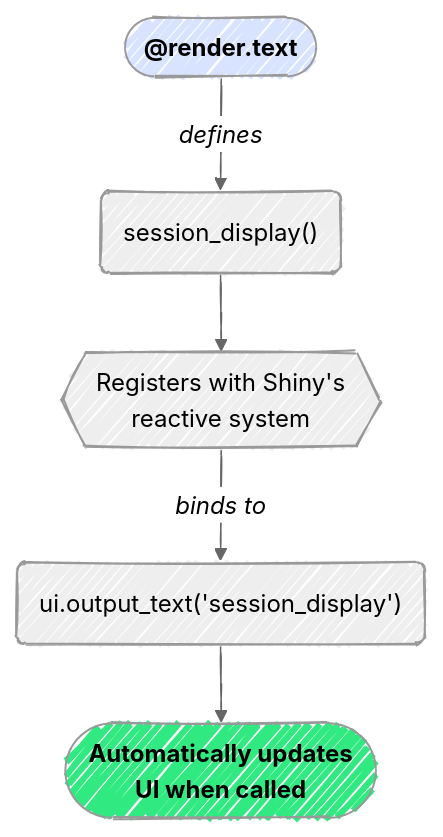
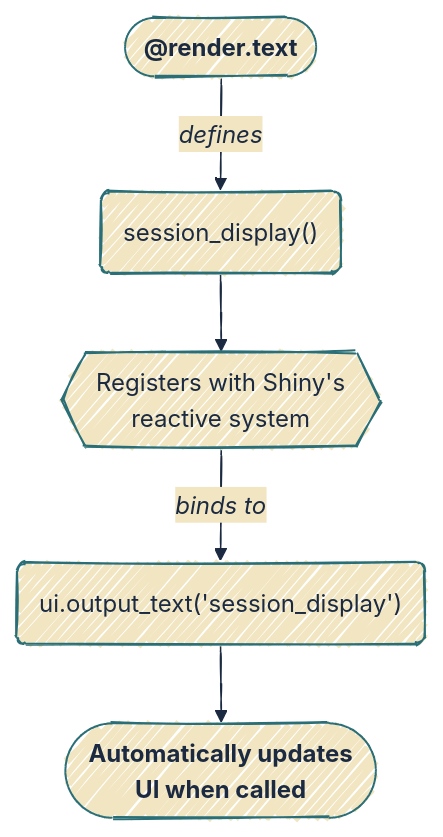
The third of 15 diagrams in app-log-py.qmd (mjfrigaard/do4ds-labs), drawn with Mermaid before and after one commit. The commit also changed other lines of this file and 88 other files, not shown here.

````diff
--- a/app-log-py.qmd
+++ b/app-log-py.qmd
@@ -315,18 +312,16 @@
 ```{mermaid}
 %%| fig-cap: 'Session ID'
 %%| fig-width: 7.0
 %%| fig-align: center
-%%{init: {'theme': 'neutral', 'look': 'handDrawn', 'themeVariables': { 'fontFamily': 'monospace'}}}%%
+%%{init: {'theme': 'base', 'look': 'handDrawn', 'themeVariables': { 'fontFamily': 'monospace', 'primaryColor': '#F2E6C2', 'primaryBorderColor': '#2A6F77', 'primaryTextColor': '#1B2A41', 'secondaryColor': '#d4e7e4', 'tertiaryColor': '#f5f0e4', 'lineColor': '#1B2A41', 'edgeLabelBackground': '#F2E6C2'}}}%%
 
 graph TB
     Decorator(["<strong>@render.text</strong>"]) --"<em>defines</em>"--> Function("session_display()")
     Function --> Registration{{"Registers with Shiny's<br>reactive system"}}
     Registration --"<em>binds to</em>"--> UIBinding("ui.output_text('session_display')")
     UIBinding --> AutoUpdate(["<strong>Automatically updates<br>UI when called</strong>"])
     
 
-	style Decorator fill:#d8e4ff
 	style Registration text-align:center
-	style AutoUpdate fill:#31e981
 
 ```
````
